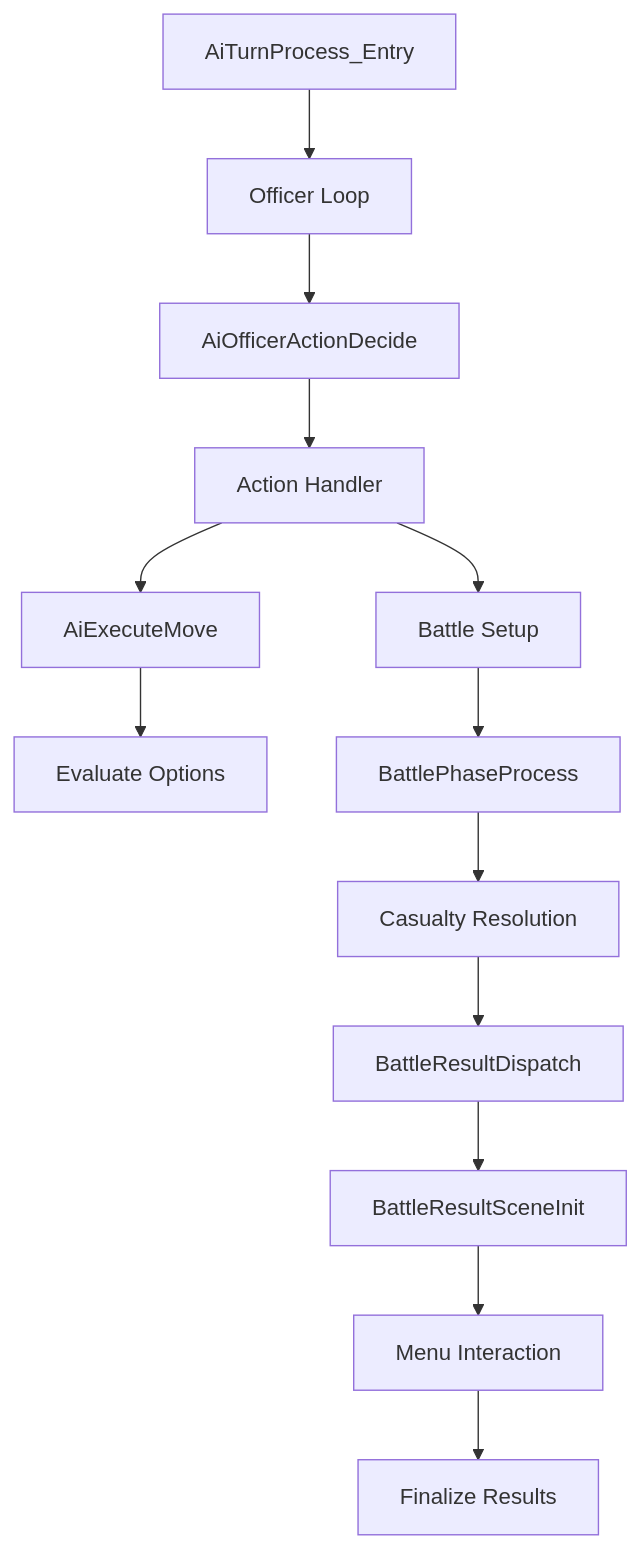
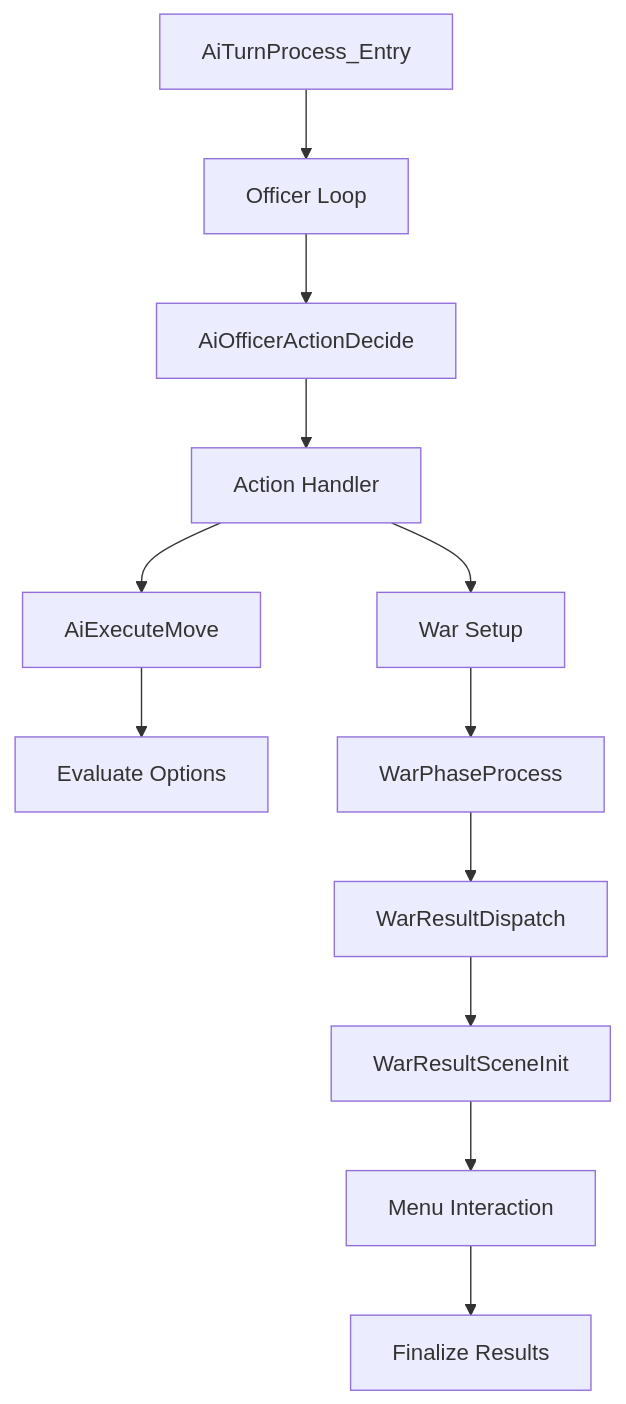
Before and after one commit to rabbyzero/sango2dasm: the fifth of 10 diagrams in .qoder/repowiki/en/content/Project Overview/Project Overview.md, drawn with Mermaid. The commit also changed other lines of this file and 11 other files, not shown here.

````diff
--- a/.qoder/repowiki/en/content/Project Overview/Project Overview.md
+++ b/.qoder/repowiki/en/content/Project Overview/Project Overview.md
@@ -253,15 +269,14 @@
 ```mermaid
 flowchart TD
 AITP[AiTurnProcess_Entry] --> AILOOP[Officer Loop]
 AILOOP --> DECIDE[AiOfficerActionDecide]
 DECIDE --> ACTION[Action Handler]
 ACTION --> MOVE[AiExecuteMove]
-ACTION --> ATTACK[Battle Setup]
+ACTION --> ATTACK[War Setup]
 MOVE --> EVAL[Evaluate Options]
-ATTACK --> PHASE[BattlePhaseProcess]
-PHASE --> RESOLVE[Casualty Resolution]
-RESOLVE --> RESULT[BattleResultDispatch]
-RESULT --> SCENE[BattleResultSceneInit]
+ATTACK --> PHASE[WarPhaseProcess]
+PHASE --> RESOLVE[WarResultDispatch]
+RESOLVE --> SCENE[WarResultSceneInit]
 SCENE --> MENU[Menu Interaction]
 MENU --> FINALIZE[Finalize Results]
 ```
````
